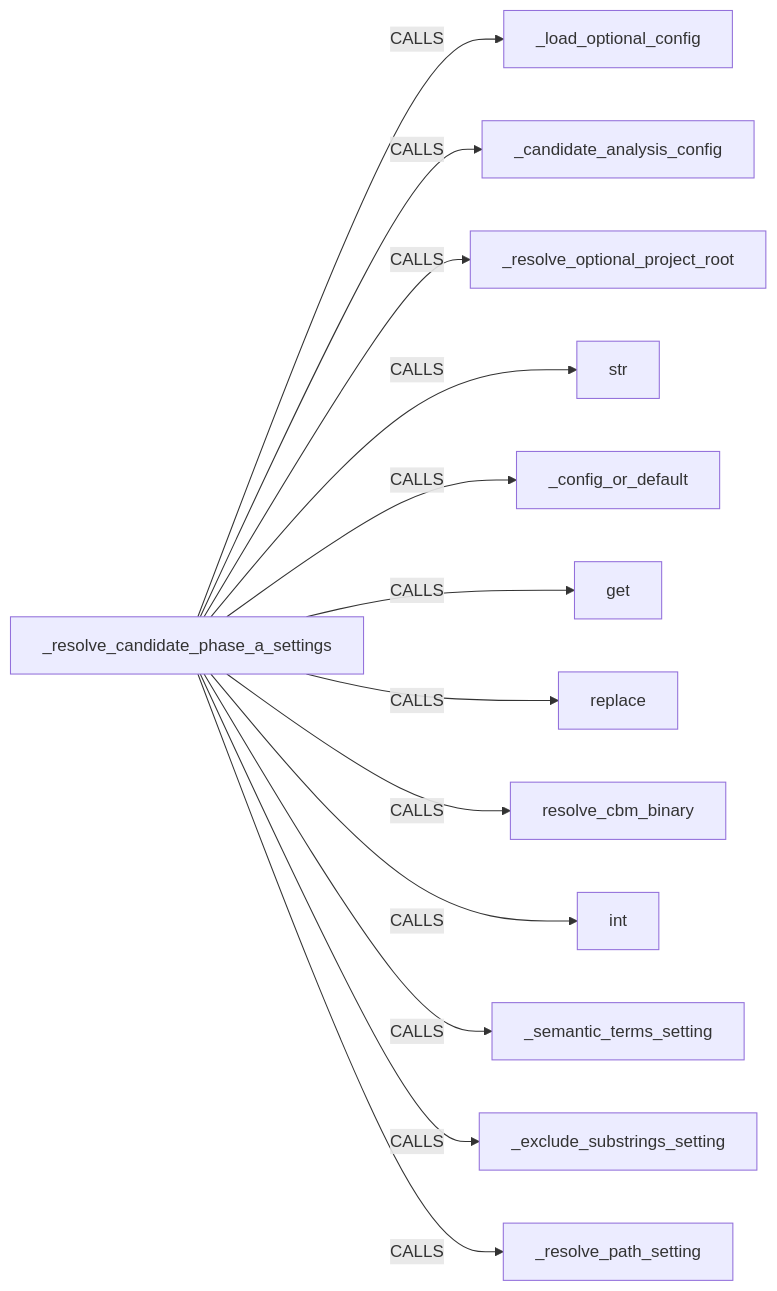
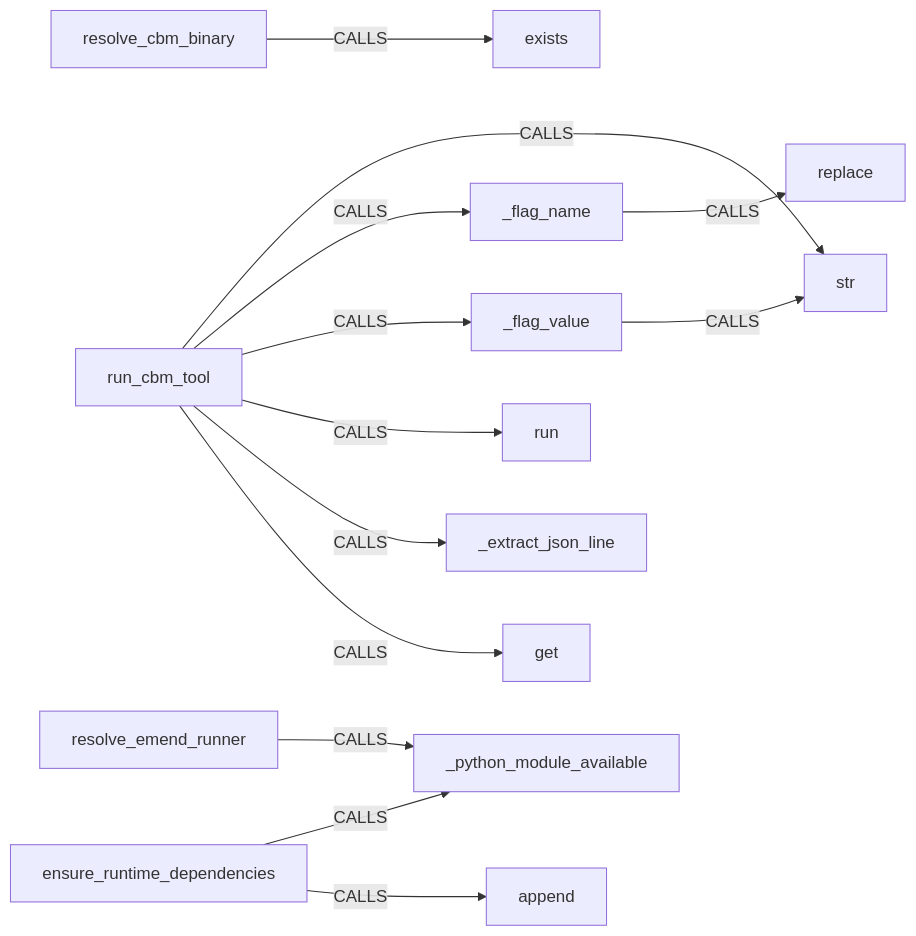
The fifth of 7 diagrams in .refactor/analysis/candidates/report.md (scl2bp/refactor_cli), drawn with Mermaid before and after one commit. The commit also changed other lines of this file and 2 other files, not shown here.

Commit message:
Update report line count in refactoring plan documentation

````diff
--- a/.refactor/analysis/candidates/report.md
+++ b/.refactor/analysis/candidates/report.md
@@ -211,15 +211,15 @@
 ```mermaid
 flowchart LR
-  _resolve_candidate_phase_a_settings["_resolve_candidate_phase_a_settings"] -->|CALLS| _load_optional_config["_load_optional_config"]
-  _resolve_candidate_phase_a_settings["_resolve_candidate_phase_a_settings"] -->|CALLS| _candidate_analysis_config["_candidate_analysis_config"]
-  _resolve_candidate_phase_a_settings["_resolve_candidate_phase_a_settings"] -->|CALLS| _resolve_optional_project_root["_resolve_optional_project_root"]
-  _resolve_candidate_phase_a_settings["_resolve_candidate_phase_a_settings"] -->|CALLS| str["str"]
-  _resolve_candidate_phase_a_settings["_resolve_candidate_phase_a_settings"] -->|CALLS| _config_or_default["_config_or_default"]
-  _resolve_candidate_phase_a_settings["_resolve_candidate_phase_a_settings"] -->|CALLS| get["get"]
-  _resolve_candidate_phase_a_settings["_resolve_candidate_phase_a_settings"] -->|CALLS| replace["replace"]
-  _resolve_candidate_phase_a_settings["_resolve_candidate_phase_a_settings"] -->|CALLS| resolve_cbm_binary["resolve_cbm_binary"]
-  _resolve_candidate_phase_a_settings["_resolve_candidate_phase_a_settings"] -->|CALLS| int["int"]
-  _resolve_candidate_phase_a_settings["_resolve_candidate_phase_a_settings"] -->|CALLS| _semantic_terms_setting["_semantic_terms_setting"]
-  _resolve_candidate_phase_a_settings["_resolve_candidate_phase_a_settings"] -->|CALLS| _exclude_substrings_setting["_exclude_substrings_setting"]
-  _resolve_candidate_phase_a_settings["_resolve_candidate_phase_a_settings"] -->|CALLS| _resolve_path_setting["_resolve_path_setting"]
+  resolve_cbm_binary["resolve_cbm_binary"] -->|CALLS| exists["exists"]
+  _flag_name["_flag_name"] -->|CALLS| replace["replace"]
+  _flag_value["_flag_value"] -->|CALLS| str["str"]
+  run_cbm_tool["run_cbm_tool"] -->|CALLS| str["str"]
+  run_cbm_tool["run_cbm_tool"] -->|CALLS| _flag_name["_flag_name"]
+  run_cbm_tool["run_cbm_tool"] -->|CALLS| _flag_value["_flag_value"]
+  run_cbm_tool["run_cbm_tool"] -->|CALLS| run["run"]
+  run_cbm_tool["run_cbm_tool"] -->|CALLS| _extract_json_line["_extract_json_line"]
+  run_cbm_tool["run_cbm_tool"] -->|CALLS| get["get"]
+  resolve_emend_runner["resolve_emend_runner"] -->|CALLS| _python_module_available["_python_module_available"]
+  ensure_runtime_dependencies["ensure_runtime_dependencies"] -->|CALLS| _python_module_available["_python_module_available"]
+  ensure_runtime_dependencies["ensure_runtime_dependencies"] -->|CALLS| append["append"]
 ```
````
